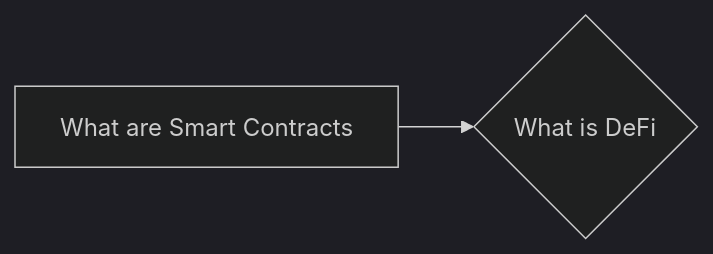
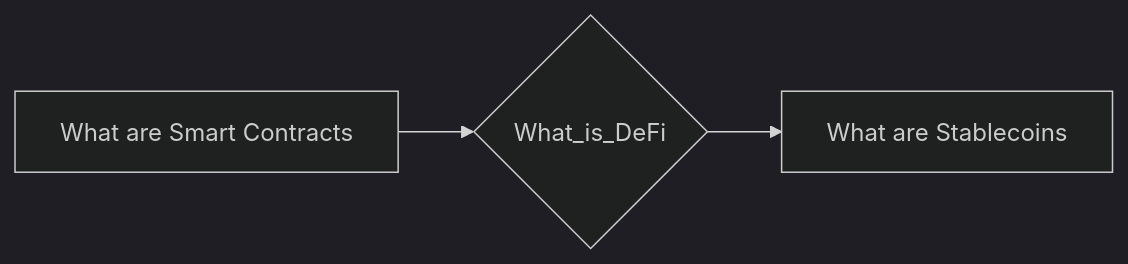
One commit to lpurdy01/crypto-knowledge-map changed the diagram in notes/What_is_DeFi.md. Above: the diagram before and after it, drawn with Mermaid (dark theme). The commit also changed 161 other files, not shown here.

````diff
--- a/notes/What_is_DeFi.md
+++ b/notes/What_is_DeFi.md
@@ -6,4 +6,5 @@
 ```mermaid
 graph LR
-1["What are Smart Contracts"]-->0{"What is DeFi"}
+1["What are Smart Contracts"]-->0{"What_is_DeFi"}
+0{"What_is_DeFi"}-->2["What are Stablecoins"]
 ```
````
